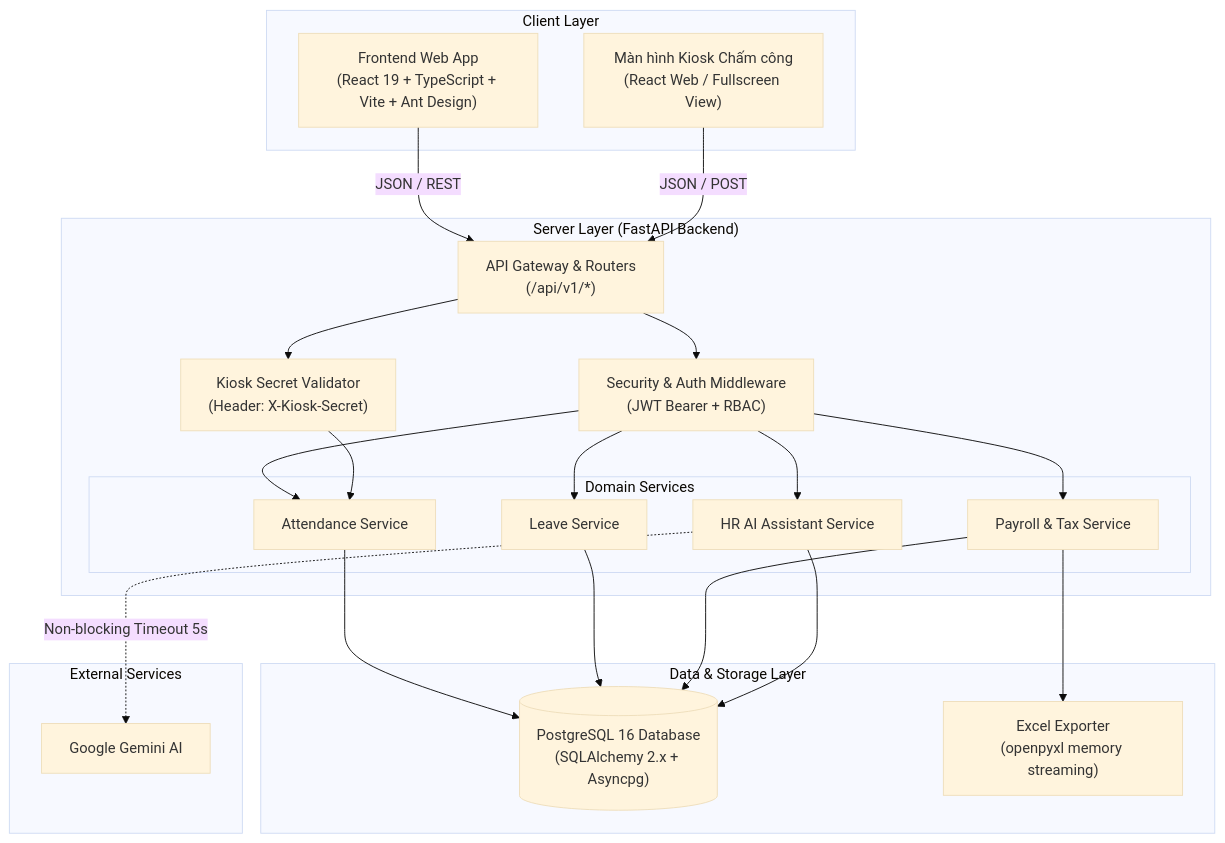
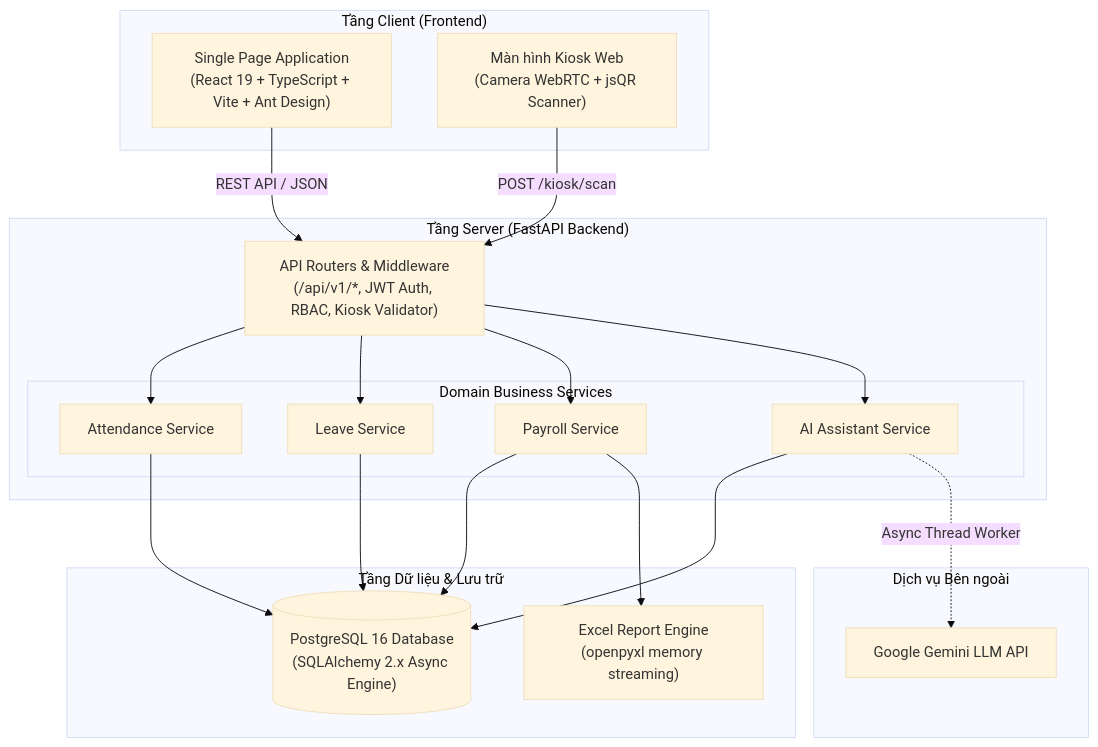
The second of 4 diagrams in docs/ARCHITECTURE.md (duy26ms23415-web/hr-project-msa45hcm-group3), drawn with Mermaid (base theme) before and after one commit. The commit also changed other lines of this file and 10 other files, not shown here.

````diff
--- a/docs/ARCHITECTURE.md
+++ b/docs/ARCHITECTURE.md
@@ -60,49 +60,42 @@
 ```mermaid
 graph TD
-    subgraph client_layer ["Client Layer"]
-        WebSPA["Frontend Web App<br/>(React 19 + TypeScript + Vite + Ant Design)"]
-        KioskWeb["Màn hình Kiosk Chấm công<br/>(React Web / Fullscreen View)"]
+    subgraph Client_Tier ["Tầng Client (Frontend)"]
+        SPA["Single Page Application<br/>(React 19 + TypeScript + Vite + Ant Design)"]
+        Kiosk["Màn hình Kiosk Web<br/>(Camera WebRTC + jsQR Scanner)"]
     end
 
-    subgraph server_layer ["Server Layer (FastAPI Backend)"]
-        APIRouter["API Gateway & Routers<br/>(/api/v1/*)"]
-        AuthMiddleware["Security & Auth Middleware<br/>(JWT Bearer + RBAC)"]
-        KioskAuth["Kiosk Secret Validator<br/>(Header: X-Kiosk-Secret)"]
+    subgraph Server_Tier ["Tầng Server (FastAPI Backend)"]
+        Gateway["API Routers & Middleware<br/>(/api/v1/*, JWT Auth, RBAC, Kiosk Validator)"]
         
-        subgraph domain_services ["Domain Services"]
-            AttService["Attendance Service"]
-            LeaveService["Leave Service"]
-            PayrollService["Payroll & Tax Service"]
-            AIService["HR AI Assistant Service"]
+        subgraph Domain_Services ["Domain Business Services"]
+            AttendanceSvc["Attendance Service"]
+            LeaveSvc["Leave Service"]
+            PayrollSvc["Payroll Service"]
+            AISvc["AI Assistant Service"]
         end
     end
 
-    subgraph data_layer ["Data & Storage Layer"]
-        PostgresDB[("PostgreSQL 16 Database<br/>(SQLAlchemy 2.x + Asyncpg)")]
-        ExcelStorage["Excel Exporter<br/>(openpyxl memory streaming)"]
+    subgraph Data_Tier ["Tầng Dữ liệu & Lưu trữ"]
+        Postgres[("PostgreSQL 16 Database<br/>(SQLAlchemy 2.x Async Engine)")]
+        ExcelEngine["Excel Report Engine<br/>(openpyxl memory streaming)"]
     end
 
-    subgraph external_services ["External Services"]
-        GeminiLLM["Google Gemini AI"]
+    subgraph External_Tier ["Dịch vụ Bên ngoài"]
+        GeminiService["Google Gemini LLM API"]
     end
 
-    WebSPA -->|JSON / REST| APIRouter
-    KioskWeb -->|JSON / POST| APIRouter
+    SPA -->|REST API / JSON| Gateway
+    Kiosk -->|POST /kiosk/scan| Gateway
 
-    APIRouter --> AuthMiddleware
-    APIRouter --> KioskAuth
+    Gateway --> AttendanceSvc
+    Gateway --> LeaveSvc
+    Gateway --> PayrollSvc
+    Gateway --> AISvc
 
-    AuthMiddleware --> AttService
-    AuthMiddleware --> LeaveService
-    AuthMiddleware --> PayrollService
-    AuthMiddleware --> AIService
-
-    KioskAuth --> AttService
-
-    AttService --> PostgresDB
-    LeaveService --> PostgresDB
-    PayrollService --> PostgresDB
-    PayrollService --> ExcelStorage
-    AIService --> PostgresDB
-    AIService -.->|Non-blocking Timeout 5s| GeminiLLM
+    AttendanceSvc --> Postgres
+    LeaveSvc --> Postgres
+    PayrollSvc --> Postgres
+    PayrollSvc --> ExcelEngine
+    AISvc --> Postgres
+    AISvc -.->|Async Thread Worker| GeminiService
 ```
````
